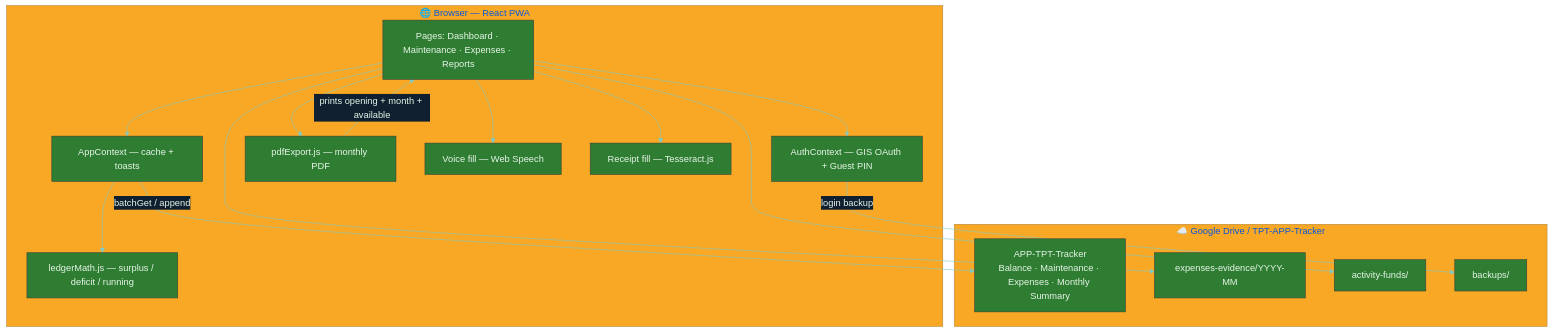
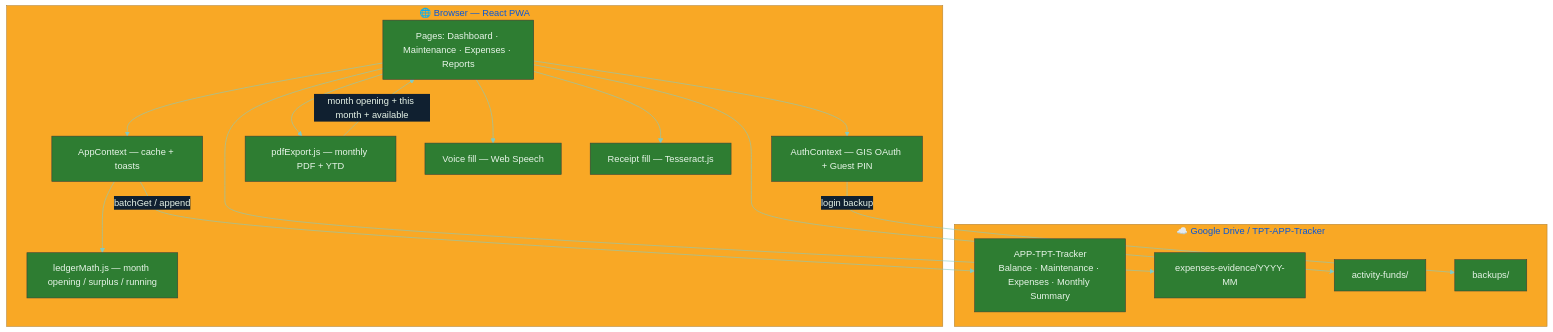
One commit to theprideoftirumala/AppartmentApp changed the first of 7 diagrams in Architecture.md. Above: the diagram before and after it, drawn with Mermaid. The commit also changed other lines of this file and 11 other files, not shown here.

Commit message:
Document month-to-month opening carry-forward in architecture, agent notes, and in-app help.

````diff
--- a/Architecture.md
+++ b/Architecture.md
@@ -13,32 +13,32 @@
 ```mermaid
 %%{init: {'theme': 'base', 'themeVariables': {'primaryColor': '#2e7d32', 'secondaryColor': '#1565c0', 'tertiaryColor': '#f9a825', 'background': '#0b1220', 'primaryTextColor': '#e8f5e9', 'lineColor': '#80cbc4', 'edgeLabelBackground': '#102030'}}}%%
 flowchart TB
     subgraph Browser["🌐 Browser — React PWA"]
         UI["Pages: Dashboard · Maintenance · Expenses · Reports"]
         AUTH["AuthContext — GIS OAuth + Guest PIN"]
         APP["AppContext — cache + toasts"]
-        MATH["ledgerMath.js — surplus / deficit / running"]
-        PDF["pdfExport.js — monthly PDF"]
+        MATH["ledgerMath.js — month opening / surplus / running"]
+        PDF["pdfExport.js — monthly PDF + YTD"]
         VOICE["Voice fill — Web Speech"]
         OCR["Receipt fill — Tesseract.js"]
     end
 
     subgraph Drive["☁️ Google Drive / TPT-APP-Tracker"]
         SHEET["APP-TPT-Tracker<br/>Balance · Maintenance · Expenses · Monthly Summary"]
         EVID["expenses-evidence/YYYY-MM"]
         ACT["activity-funds/"]
         BAK["backups/"]
     end
 
     UI --> AUTH
     UI --> APP
     APP --> MATH
     UI --> PDF
     UI --> VOICE
     UI --> OCR
     APP -->|"batchGet / append"| SHEET
-    PDF -->|"prints opening + month + available"| UI
+    PDF -->|"month opening + this month + available"| UI
     UI --> EVID
     UI --> ACT
     AUTH -->|"login backup"| BAK
 ```
````
